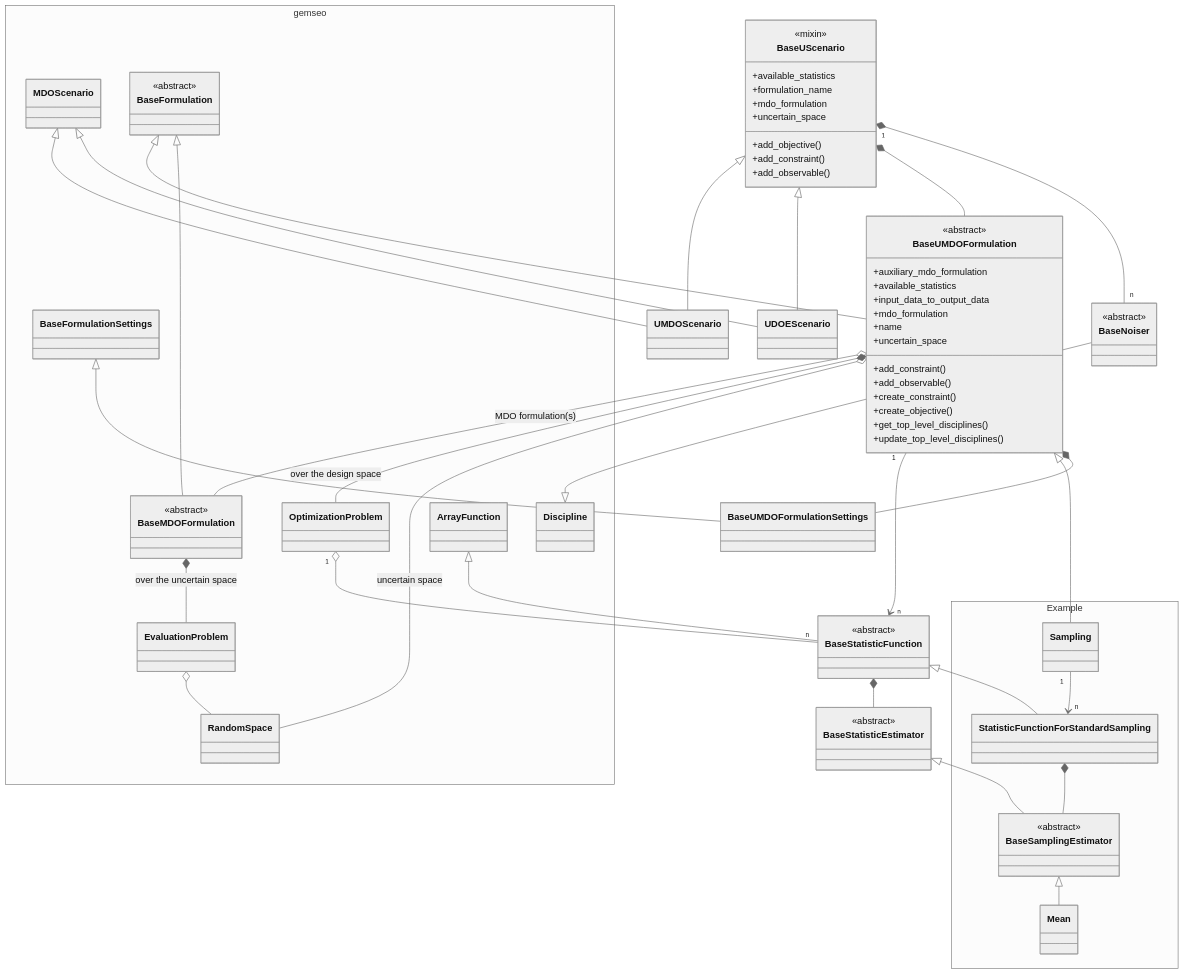
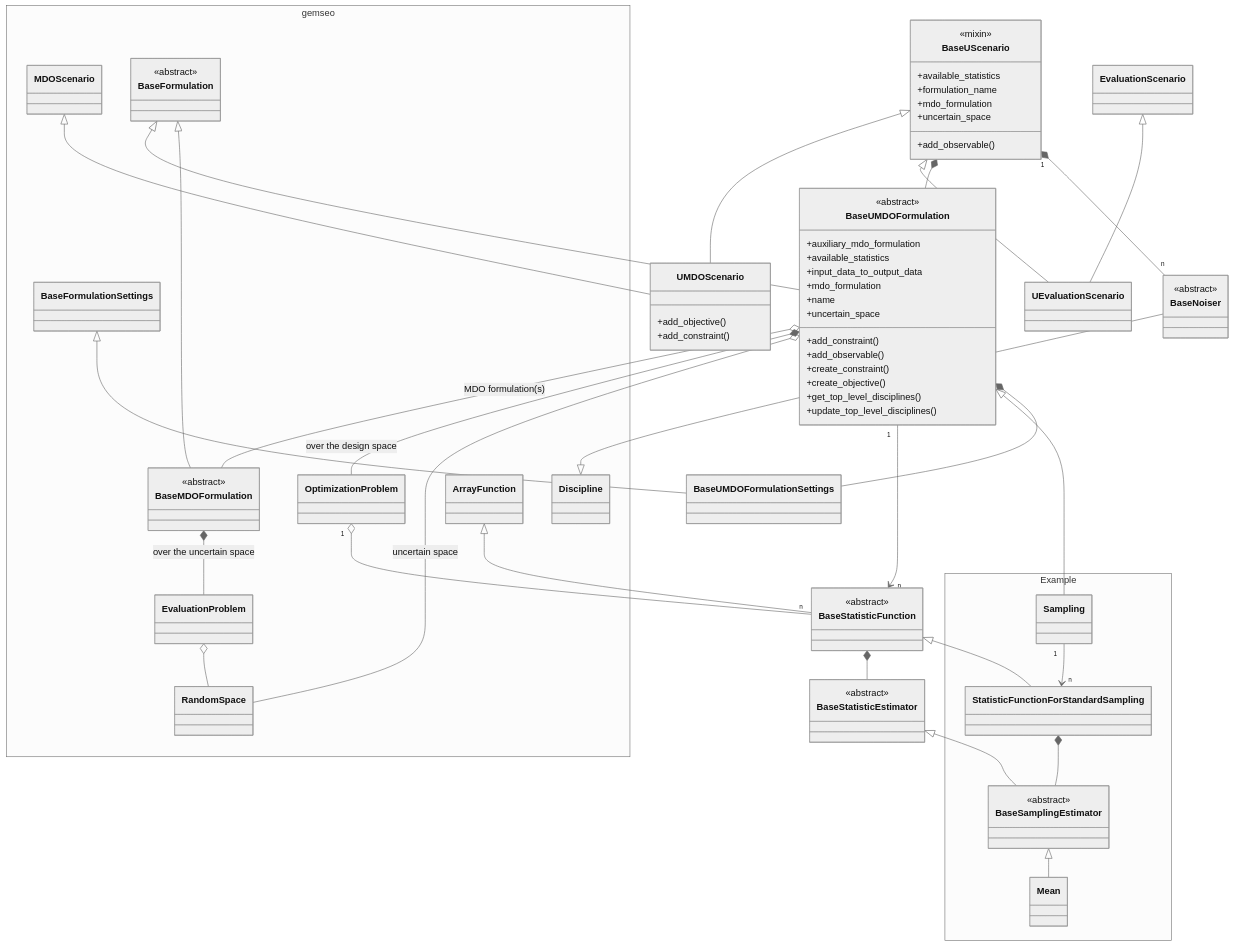
One commit to gemseo/gemseo-umdo changed the diagram in docs/developer_guide/umdo.md. Above: the diagram before and after it, drawn with Mermaid (neutral theme). The commit also changed other lines of this file and 20 other files, not shown here.

Commit message:
feat!: replace UDOEScenario by UEvaluationScenario

```diff
--- a/docs/developer_guide/umdo.md
+++ b/docs/developer_guide/umdo.md
@@ -124,12 +128,15 @@
 
    BaseUScenario <|-- UMDOScenario
    MDOScenario <|-- UMDOScenario
-   BaseUScenario <|-- UDOEScenario
-   MDOScenario <|-- UDOEScenario
+   BaseUScenario <|-- UEvaluationScenario
+   EvaluationScenario <|-- UEvaluationScenario
+
+   class UMDOScenario {
+    +add_objective()
+    +add_constraint()
+   }
 
    class BaseUScenario {
-    +add_objective()
-    +add_constraint()
     +add_observable()
     +available_statistics
     +formulation_name
```
